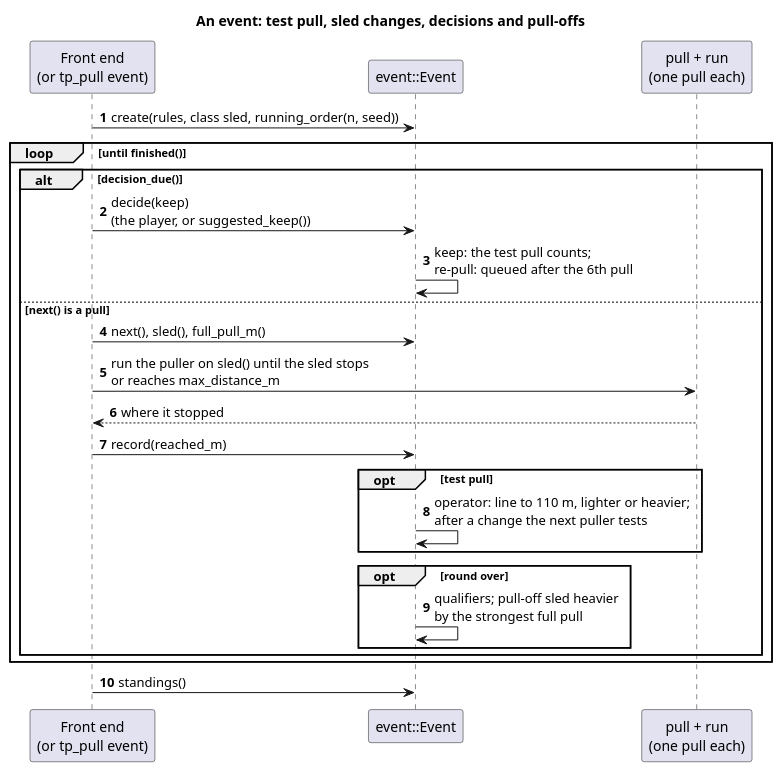
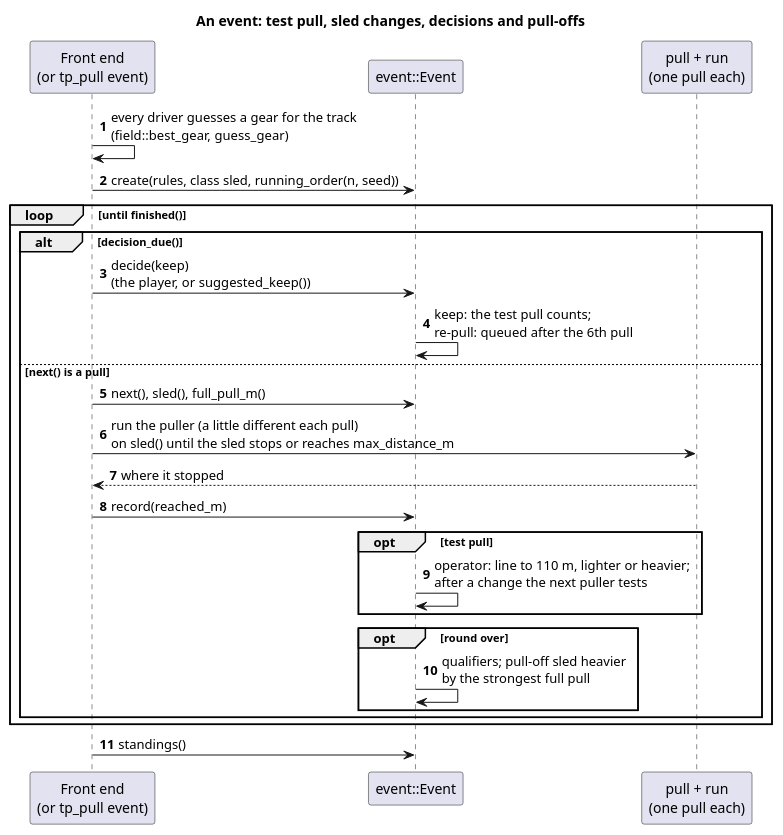
One commit to wversteeg/TractorPulling changed the diagram in docs/diagrams/event_sequence.puml. Above: the diagram before and after it, drawn with PlantUML. The commit also changed 18 other files, not shown here.

First line of the commit message:
Let drivers pick a gear for each track, and make every pull a little different

```diff
--- a/docs/diagrams/event_sequence.puml
+++ b/docs/diagrams/event_sequence.puml
@@ -1,27 +1,28 @@
 @startuml event_sequence
 title An event: test pull, sled changes, decisions and pull-offs
 autonumber
 participant "Front end\n(or tp_pull event)" as Caller
 participant "event::Event" as Event
 participant "pull + run\n(one pull each)" as Run
 
+Caller -> Caller : every driver guesses a gear for the track\n(field::best_gear, guess_gear)
 Caller -> Event : create(rules, class sled, running_order(n, seed))
 loop until finished()
   alt decision_due()
     Caller -> Event : decide(keep)\n(the player, or suggested_keep())
     Event -> Event : keep: the test pull counts;\nre-pull: queued after the 6th pull
   else next() is a pull
     Caller -> Event : next(), sled(), full_pull_m()
-    Caller -> Run : run the puller on sled() until the sled stops\nor reaches max_distance_m
+    Caller -> Run : run the puller (a little different each pull)\non sled() until the sled stops or reaches max_distance_m
     Run --> Caller : where it stopped
     Caller -> Event : record(reached_m)
     opt test pull
       Event -> Event : operator: line to 110 m, lighter or heavier;\nafter a change the next puller tests
     end
     opt round over
       Event -> Event : qualifiers; pull-off sled heavier\nby the strongest full pull
     end
   end
 end
 Caller -> Event : standings()
 @enduml
```
